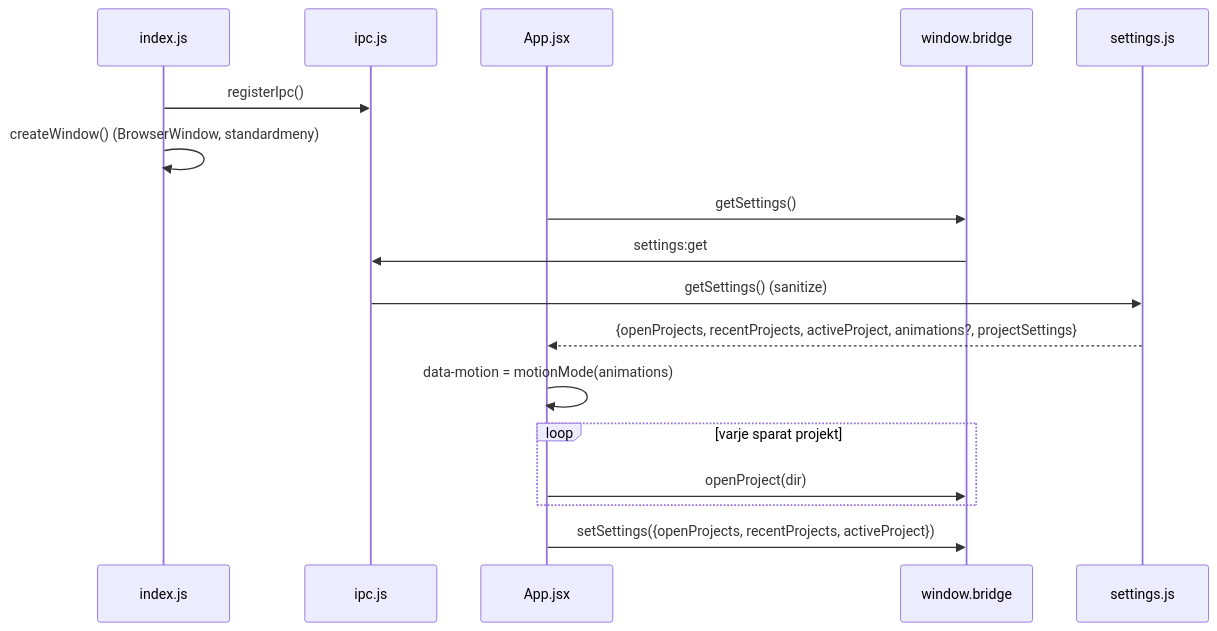
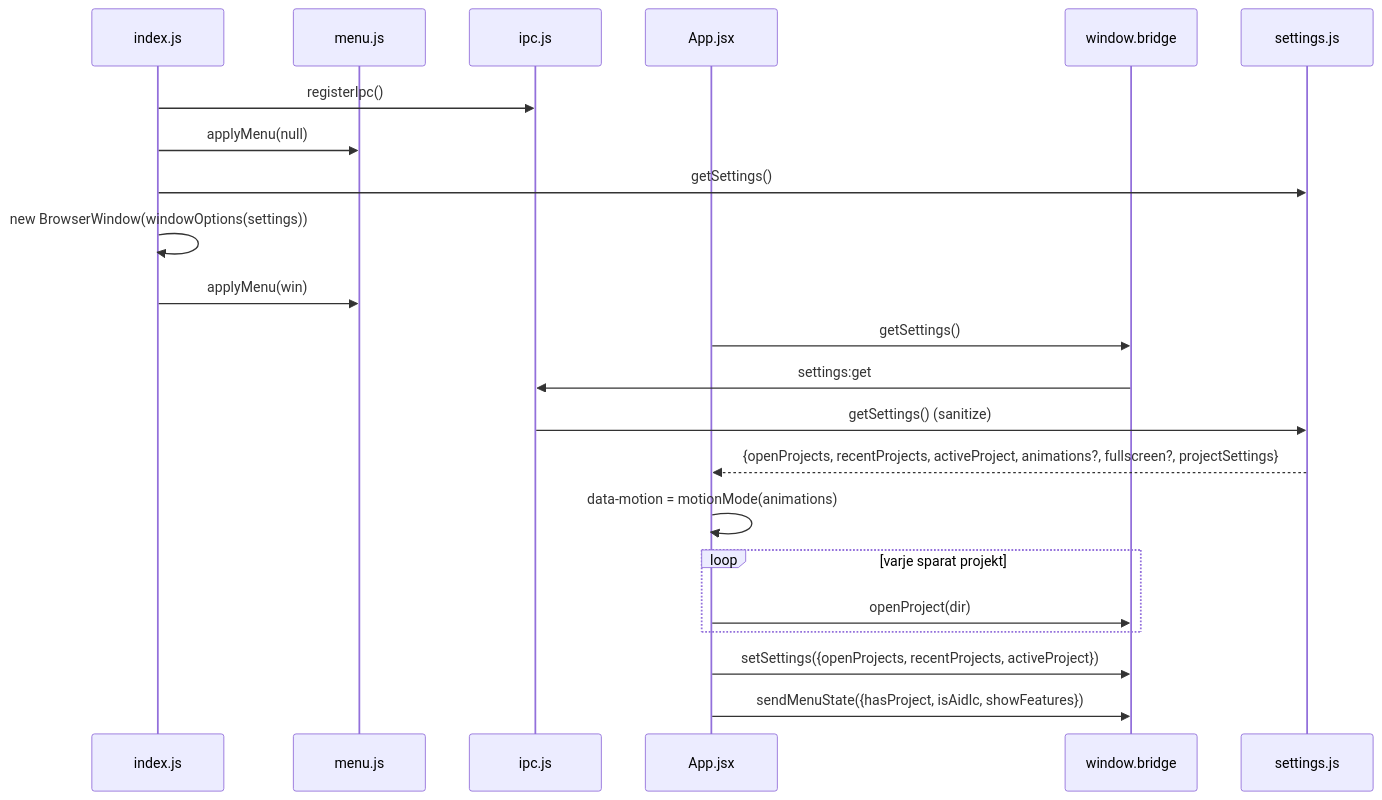
One commit to tochman/ai-dlc-thadeus changed the third of 6 diagrams in aidlc/spaces/default/codekb/aidlc-dash/architecture.md. Above: the diagram before and after it, drawn with Mermaid. The commit also changed other lines of this file and 48 other files, not shown here.

````diff
--- a/aidlc/spaces/default/codekb/aidlc-dash/architecture.md
+++ b/aidlc/spaces/default/codekb/aidlc-dash/architecture.md
@@ -110,19 +124,24 @@
 ```mermaid
 sequenceDiagram
   participant Main as index.js
+  participant Menu as menu.js
   participant IPC as ipc.js
   participant App as App.jsx
   participant Bridge as window.bridge
   participant ST as settings.js
   Main->>IPC: registerIpc()
-  Main->>Main: createWindow() (BrowserWindow, standardmeny)
+  Main->>Menu: applyMenu(null)
+  Main->>ST: getSettings()
+  Main->>Main: new BrowserWindow(windowOptions(settings))
+  Main->>Menu: applyMenu(win)
   App->>Bridge: getSettings()
   Bridge->>IPC: settings:get
   IPC->>ST: getSettings() (sanitize)
-  ST-->>App: {openProjects, recentProjects, activeProject, animations?, projectSettings}
+  ST-->>App: {openProjects, recentProjects, activeProject, animations?, fullscreen?, projectSettings}
   App->>App: data-motion = motionMode(animations)
   loop varje sparat projekt
     App->>Bridge: openProject(dir)
   end
   App->>Bridge: setSettings({openProjects, recentProjects, activeProject})
+  App->>Bridge: sendMenuState({hasProject, isAidlc, showFeatures})
 ```
````
